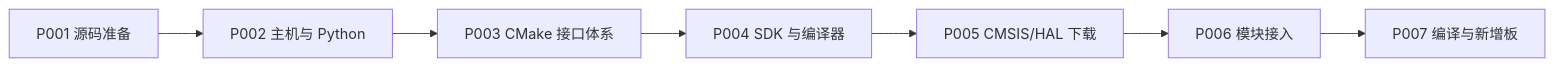
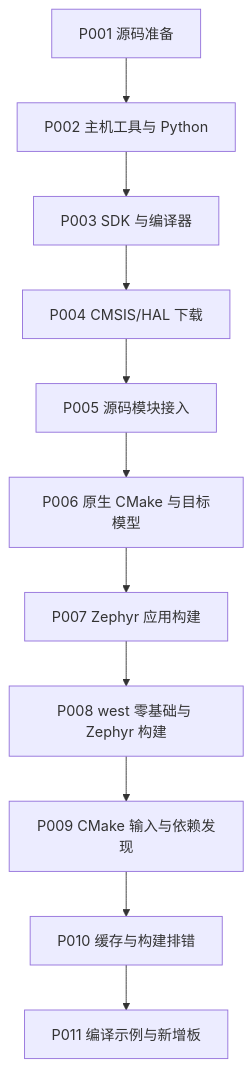
One commit to FormingSystem/zephyr_hc32f4a0 changed the diagram in learning/P01_zephyr_make_project/大纲.md. Above: the diagram before and after it, drawn with Mermaid. The commit also changed other lines of this file and 3894 other files, not shown here.

````diff
--- a/learning/P01_zephyr_make_project/大纲.md
+++ b/learning/P01_zephyr_make_project/大纲.md
@@ -15,9 +15,13 @@
 ```mermaid
-flowchart LR
-    A["P001 源码准备"] --> B["P002 主机与 Python"]
-    B --> I["P003 CMake 接口体系"]
-    I --> C["P004 SDK 与编译器"]
-    C --> D["P005 CMSIS/HAL 下载"]
-    D --> E["P006 模块接入"]
-    E --> F["P007 编译与新增板"]
+flowchart TD
+    A["P001 源码准备"] --> B["P002 主机工具与 Python"]
+    B --> C["P003 SDK 与编译器"]
+    C --> D["P004 CMSIS/HAL 下载"]
+    D --> E["P005 源码模块接入"]
+    E --> F["P006 原生 CMake 与目标模型"]
+    F --> G["P007 Zephyr 应用构建"]
+    G --> H["P008 west 零基础与 Zephyr 构建"]
+    H --> I["P009 CMake 输入与依赖发现"]
+    I --> J["P010 缓存与构建排错"]
+    J --> K["P011 编译示例与新增板"]
 ```
````
